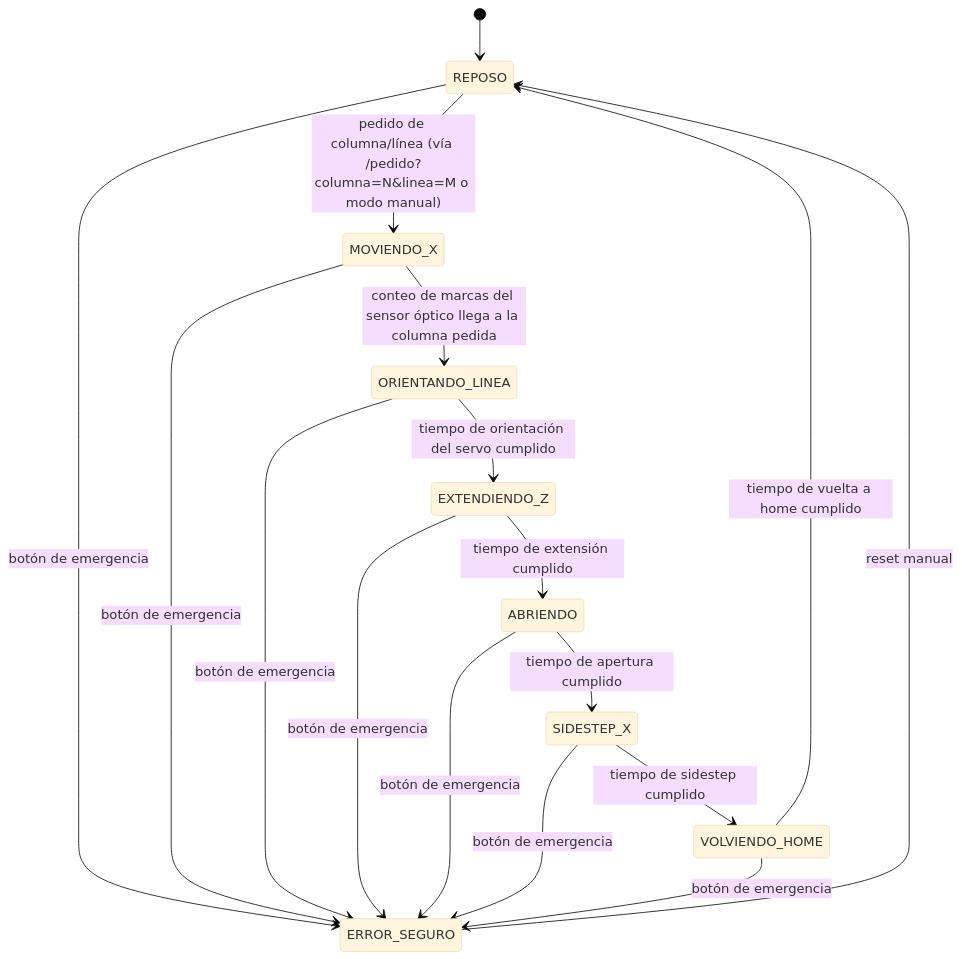
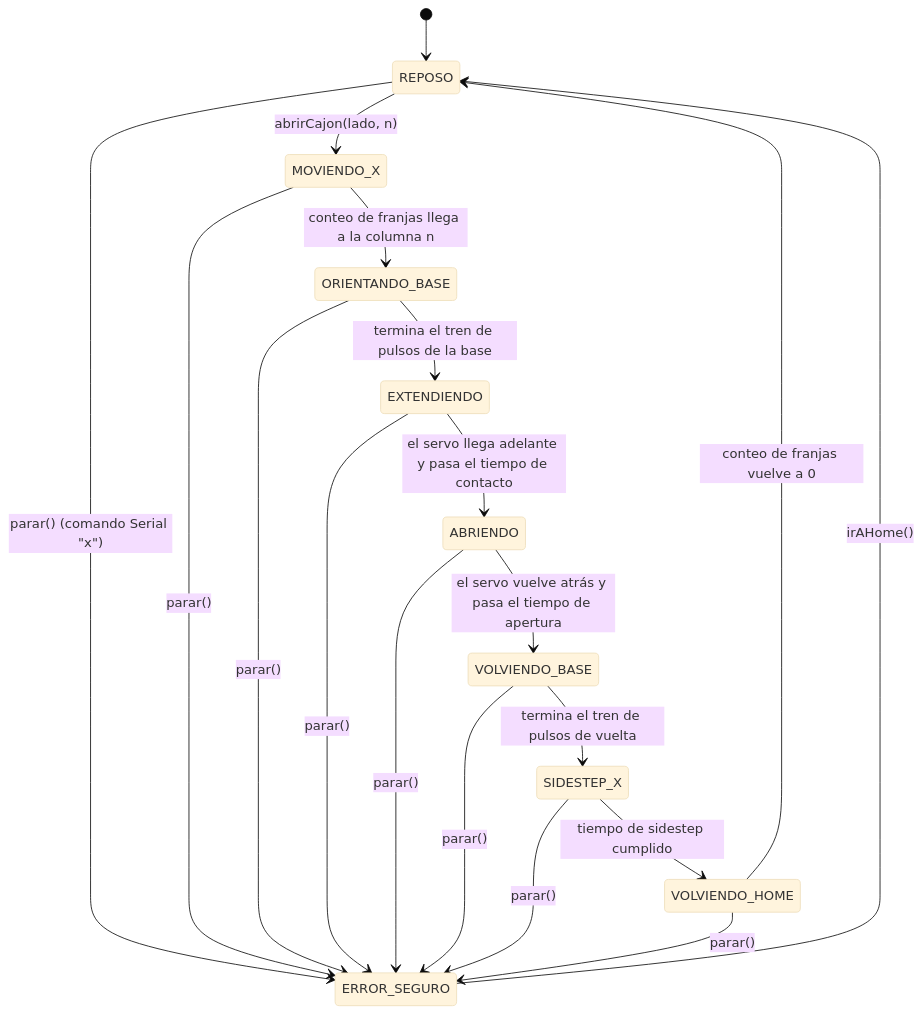
One commit to delfisalinasmich/sistema-apertura-cajones changed the diagram in docs/diagrama-flujo-estados.md. Above: the diagram before and after it, drawn with Mermaid (base theme). The commit also changed other lines of this file and 50 other files, not shown here.

````diff
--- a/docs/diagrama-flujo-estados.md
+++ b/docs/diagrama-flujo-estados.md
@@ -5,21 +5,23 @@
 ```mermaid
 stateDiagram-v2
     [*] --> REPOSO
-    REPOSO --> MOVIENDO_X: pedido de columna/línea (vía /pedido?columna=N&linea=M o modo manual)
-    MOVIENDO_X --> ORIENTANDO_LINEA: conteo de marcas del sensor óptico llega a la columna pedida
-    ORIENTANDO_LINEA --> EXTENDIENDO_Z: tiempo de orientación del servo cumplido
-    EXTENDIENDO_Z --> ABRIENDO: tiempo de extensión cumplido
-    ABRIENDO --> SIDESTEP_X: tiempo de apertura cumplido
+    REPOSO --> MOVIENDO_X: abrirCajon(lado, n)
+    MOVIENDO_X --> ORIENTANDO_BASE: conteo de franjas llega a la columna n
+    ORIENTANDO_BASE --> EXTENDIENDO: termina el tren de pulsos de la base
+    EXTENDIENDO --> ABRIENDO: el servo llega adelante y pasa el tiempo de contacto
+    ABRIENDO --> VOLVIENDO_BASE: el servo vuelve atrás y pasa el tiempo de apertura
+    VOLVIENDO_BASE --> SIDESTEP_X: termina el tren de pulsos de vuelta
     SIDESTEP_X --> VOLVIENDO_HOME: tiempo de sidestep cumplido
-    VOLVIENDO_HOME --> REPOSO: tiempo de vuelta a home cumplido
+    VOLVIENDO_HOME --> REPOSO: conteo de franjas vuelve a 0
 
-    REPOSO --> ERROR_SEGURO: botón de emergencia
-    MOVIENDO_X --> ERROR_SEGURO: botón de emergencia
-    ORIENTANDO_LINEA --> ERROR_SEGURO: botón de emergencia
-    EXTENDIENDO_Z --> ERROR_SEGURO: botón de emergencia
-    ABRIENDO --> ERROR_SEGURO: botón de emergencia
-    SIDESTEP_X --> ERROR_SEGURO: botón de emergencia
-    VOLVIENDO_HOME --> ERROR_SEGURO: botón de emergencia
+    REPOSO --> ERROR_SEGURO: parar() (comando Serial "x")
+    MOVIENDO_X --> ERROR_SEGURO: parar()
+    ORIENTANDO_BASE --> ERROR_SEGURO: parar()
+    EXTENDIENDO --> ERROR_SEGURO: parar()
+    ABRIENDO --> ERROR_SEGURO: parar()
+    VOLVIENDO_BASE --> ERROR_SEGURO: parar()
+    SIDESTEP_X --> ERROR_SEGURO: parar()
+    VOLVIENDO_HOME --> ERROR_SEGURO: parar()
 
-    ERROR_SEGURO --> REPOSO: reset manual
+    ERROR_SEGURO --> REPOSO: irAHome()
 ```
````
